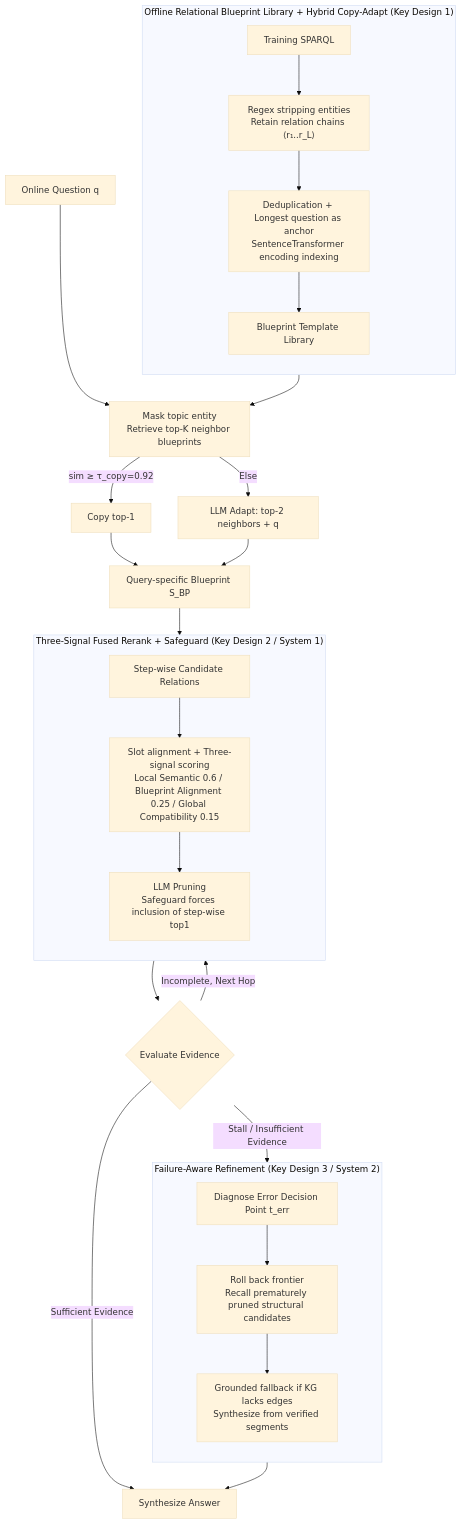
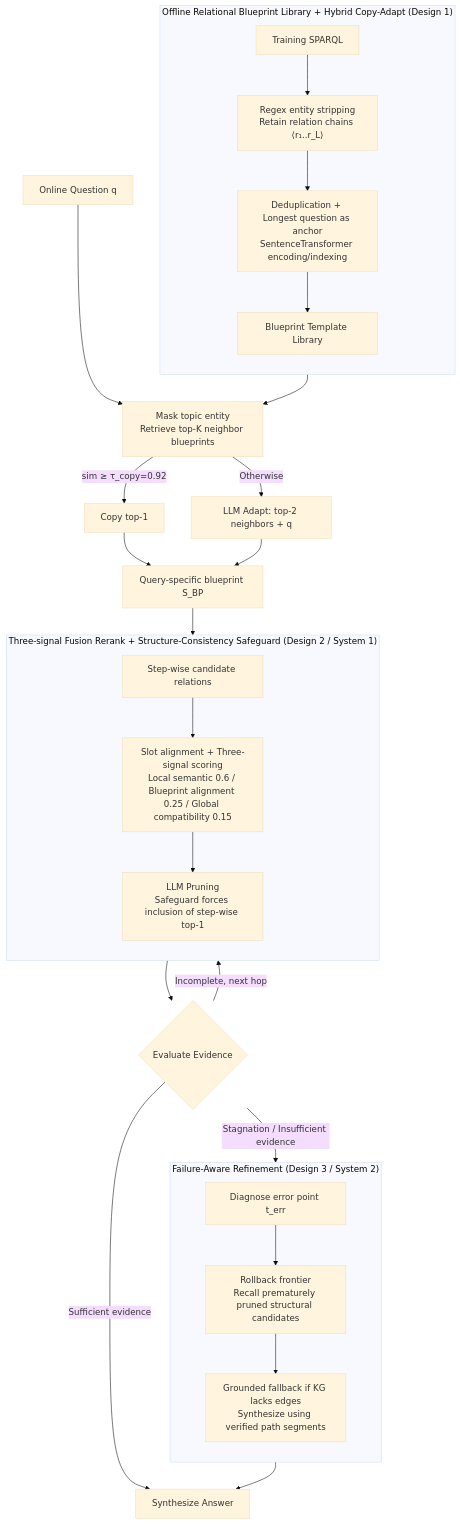
Before and after one commit to zhaoyang97/Paper-Notes-en: the diagram in docs/ACL2026/graph_learning/cog_controllable_graph_reasoning_via_relational_blueprints_and_failure-aware_ref.md, drawn with Mermaid (base theme). The commit also changed other lines of this file and 5084 other files, not shown here.

````diff
--- a/docs/ACL2026/graph_learning/cog_controllable_graph_reasoning_via_relational_blueprints_and_failure-aware_ref.md
+++ b/docs/ACL2026/graph_learning/cog_controllable_graph_reasoning_via_relational_blueprints_and_failure-aware_ref.md
@@ -44,31 +44,31 @@
 ```mermaid
 graph TD
-    subgraph BP["Offline Relational Blueprint Library + Hybrid Copy-Adapt (Key Design 1)"]
+    subgraph BP["Offline Relational Blueprint Library + Hybrid Copy-Adapt (Design 1)"]
         direction TB
-        A["Training SPARQL"] --> B["Regex stripping entities<br/>Retain relation chains ⟨r₁..r_L⟩"]
-        B --> C["Deduplication + Longest question as anchor<br/>SentenceTransformer encoding indexing"]
+        A["Training SPARQL"] --> B["Regex entity stripping<br/>Retain relation chains ⟨r₁..r_L⟩"]
+        B --> C["Deduplication + Longest question as anchor<br/>SentenceTransformer encoding/indexing"]
         C --> D["Blueprint Template Library"]
     end
     Q["Online Question q"] --> E["Mask topic entity<br/>Retrieve top-K neighbor blueprints"]
     D --> E
     E -->|"sim ≥ τ_copy=0.92"| F["Copy top-1"]
-    E -->|"Else"| G["LLM Adapt: top-2 neighbors + q"]
-    F --> H["Query-specific Blueprint S_BP"]
+    E -->|"Otherwise"| G["LLM Adapt: top-2 neighbors + q"]
+    F --> H["Query-specific blueprint S_BP"]
     G --> H
-    subgraph S1["Three-Signal Fused Rerank + Safeguard (Key Design 2 / System 1)"]
+    subgraph S1["Three-signal Fusion Rerank + Structure-Consistency Safeguard (Design 2 / System 1)"]
         direction TB
-        I["Step-wise Candidate Relations"] --> J["Slot alignment + Three-signal scoring<br/>Local Semantic 0.6 / Blueprint Alignment 0.25 / Global Compatibility 0.15"]
-        J --> K["LLM Pruning<br/>Safeguard forces inclusion of step-wise top1"]
+        I["Step-wise candidate relations"] --> J["Slot alignment + Three-signal scoring<br/>Local semantic 0.6 / Blueprint alignment 0.25 / Global compatibility 0.15"]
+        J --> K["LLM Pruning<br/>Safeguard forces inclusion of step-wise top-1"]
     end
     H --> I
     K --> L{"Evaluate Evidence"}
-    L -->|"Incomplete, Next Hop"| I
-    subgraph S2["Failure-Aware Refinement (Key Design 3 / System 2)"]
+    L -->|"Incomplete, next hop"| I
+    subgraph S2["Failure-Aware Refinement (Design 3 / System 2)"]
         direction TB
-        M["Diagnose Error Decision Point t_err"] --> N["Roll back frontier<br/>Recall prematurely pruned structural candidates"]
-        N --> O["Grounded fallback if KG lacks edges<br/>Synthesize from verified segments"]
+        M["Diagnose error point t_err"] --> N["Rollback frontier<br/>Recall prematurely pruned structural candidates"]
+        N --> O["Grounded fallback if KG lacks edges<br/>Synthesize using verified path segments"]
     end
-    L -->|"Stall / Insufficient Evidence"| M
+    L -->|"Stagnation / Insufficient evidence"| M
     O --> P["Synthesize Answer"]
-    L -->|"Sufficient Evidence"| P
+    L -->|"Sufficient evidence"| P
 ```
````
